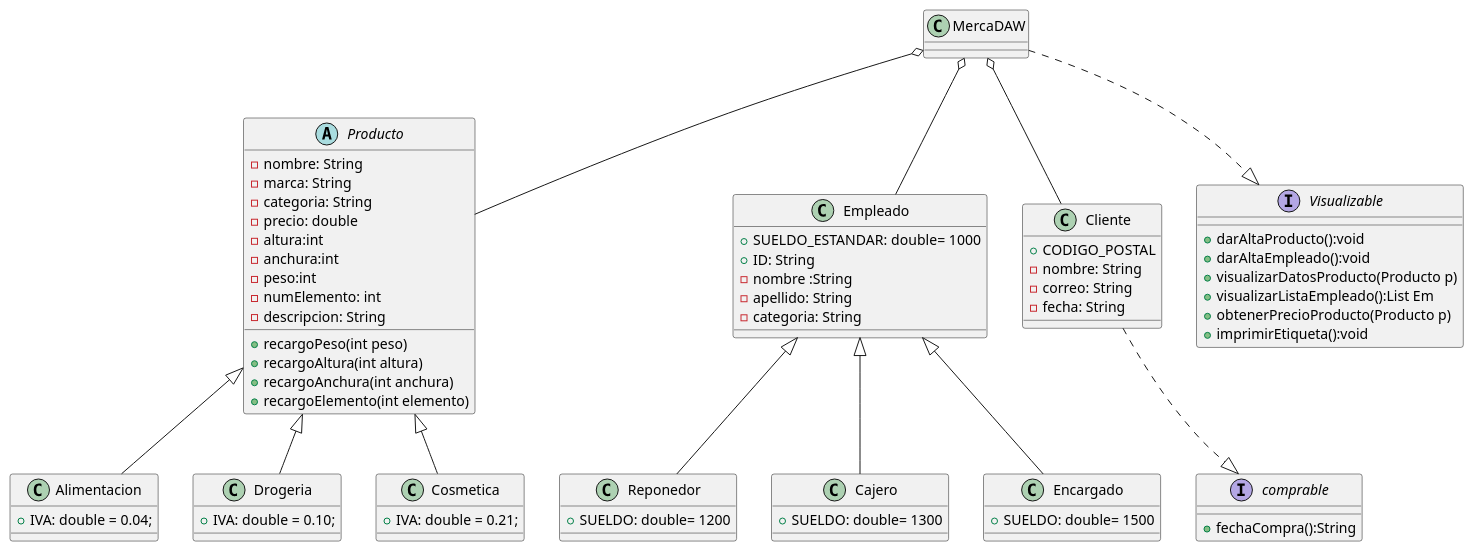
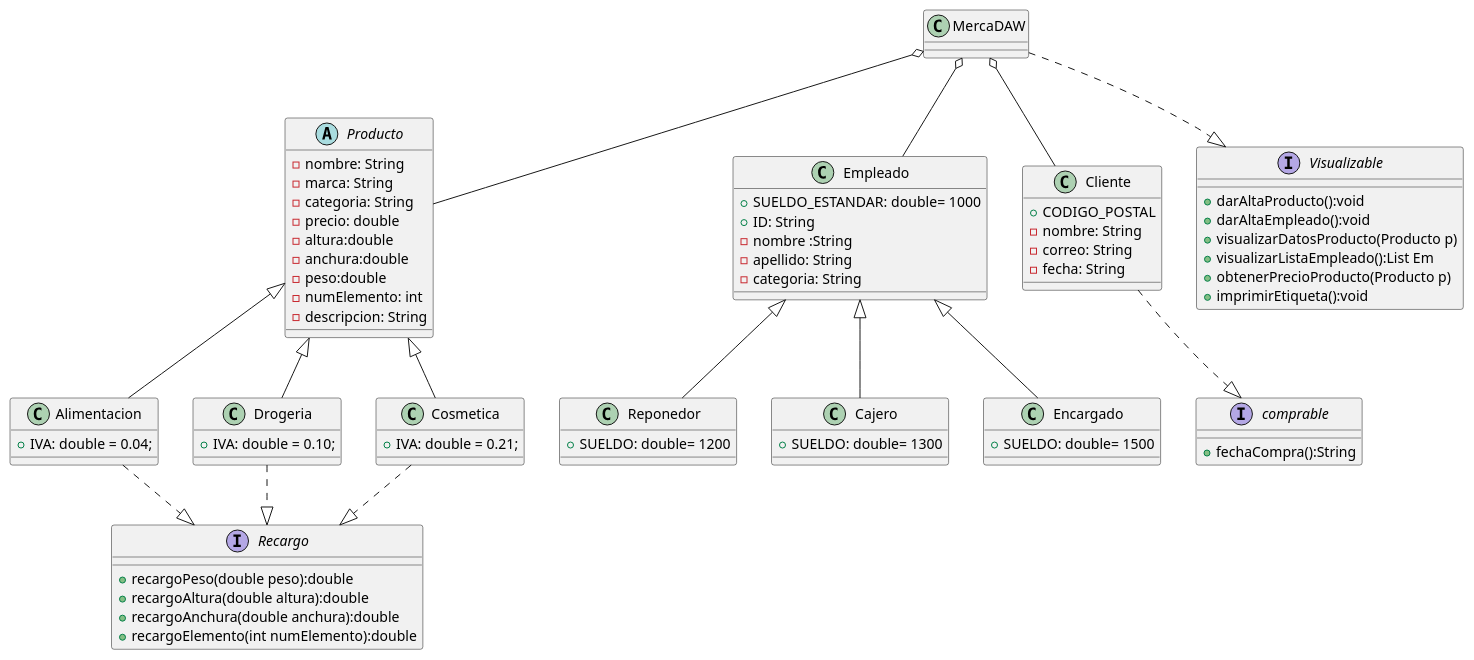
The diagram in docs/diagramaClases.pu (EmiOba/practica), drawn with PlantUML before and after one commit. The commit also changed 11 other files, not shown here.

```diff
--- a/docs/diagramaClases.pu
+++ b/docs/diagramaClases.pu
@@ -2,79 +2,84 @@
 @startuml diagrama de clase 
 
 class MercaDAW{
 }
 abstract Producto{
    - nombre: String
    - marca: String
    - categoria: String
    - precio: double
-   - altura:int
-   - anchura:int 
-   - peso:int
+   - altura:double
+   - anchura:double 
+   - peso:double
    - numElemento: int
    - descripcion: String
-   + recargoPeso(int peso)
-   + recargoAltura(int altura)
-   + recargoAnchura(int anchura)
-   + recargoElemento(int elemento)
+}
+interface Recargo{
+   + recargoPeso(double peso):double
+   + recargoAltura(double altura):double
+   + recargoAnchura(double anchura):double
+   + recargoElemento(int numElemento):double
+
 }
 class Alimentacion{
    + IVA: double = 0.04;
 }
 class Drogeria{
    + IVA: double = 0.10; 
 }
 class Cosmetica{
    + IVA: double = 0.21;
 }
 class Empleado{
    + SUELDO_ESTANDAR: double= 1000
    + ID: String
    - nombre :String
    - apellido: String
    - categoria: String
 }
 class Reponedor{
    + SUELDO: double= 1200
 }
 class Cajero{
    + SUELDO: double= 1300
 }
 class Encargado{
    + SUELDO: double= 1500
 }
 class Cliente{
    + CODIGO_POSTAL
    - nombre: String
    - correo: String
    - fecha: String
 }
 interface comprable{
    + fechaCompra():String
 }
 interface Visualizable{
    + darAltaProducto():void
    + darAltaEmpleado():void
    + visualizarDatosProducto(Producto p)
    + visualizarListaEmpleado():List Em
    + obtenerPrecioProducto(Producto p)
    + imprimirEtiqueta():void
 }
 
 MercaDAW o-- Producto
 MercaDAW o-- Empleado
 MercaDAW o-- Cliente
 
 Producto <|-- Alimentacion 
 Producto <|-- Drogeria
 Producto <|-- Cosmetica
 
 Empleado <|-- Reponedor
 Empleado <|-- Cajero
 Empleado <|-- Encargado
 
 Cliente ..|> comprable
 
 MercaDAW ..|> Visualizable
-
+Alimentacion ..|> Recargo
+Drogeria ..|> Recargo
+Cosmetica ..|> Recargo
 @enduml
```
